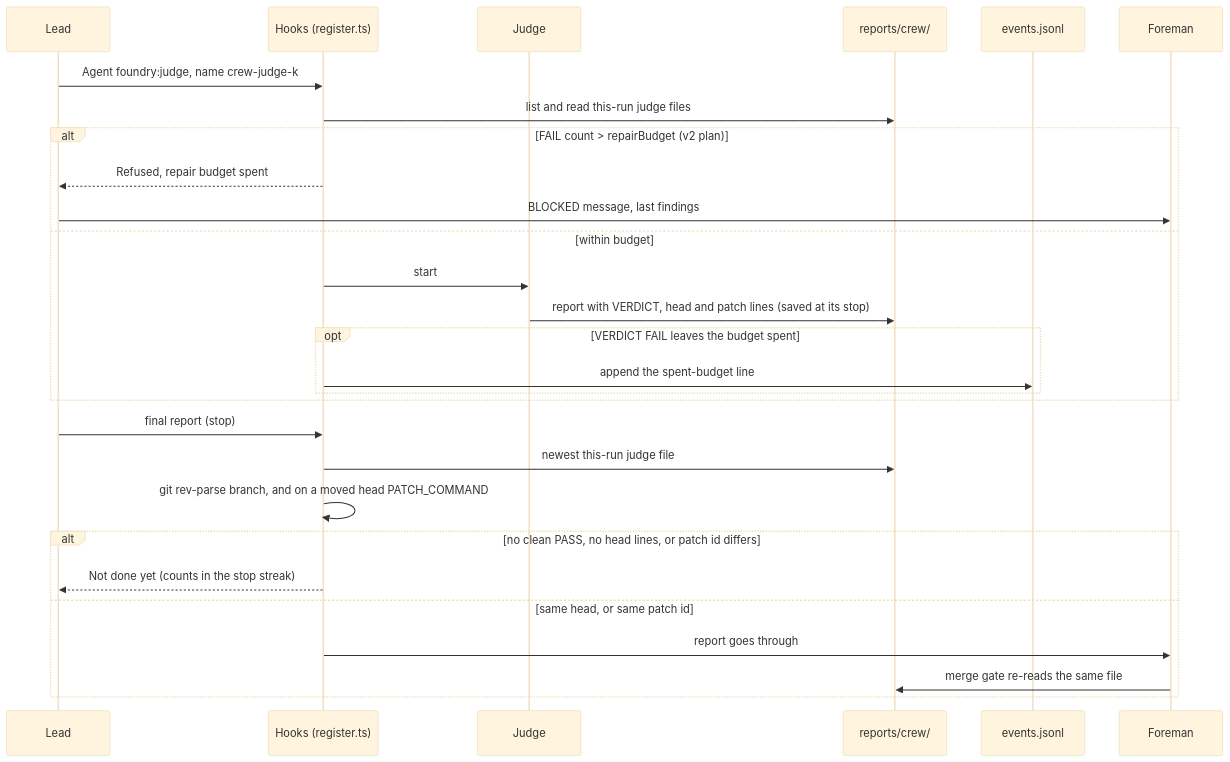
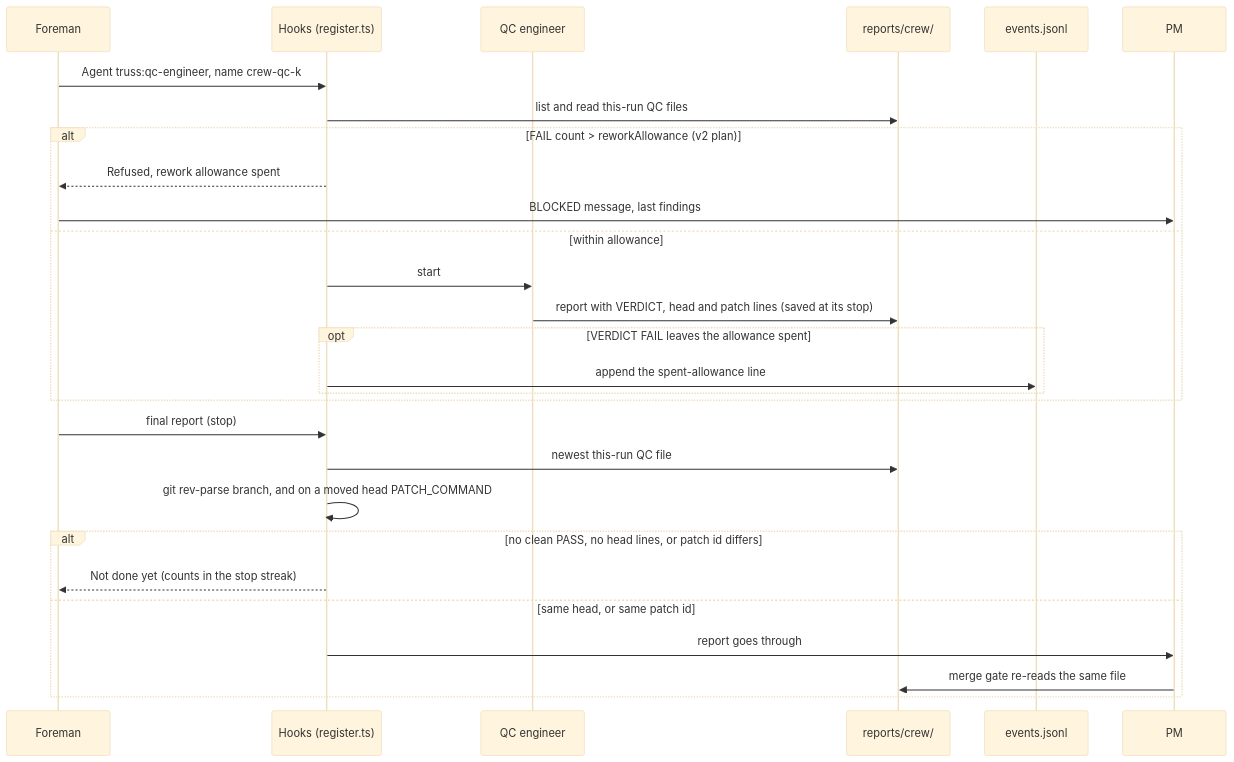
Before and after one commit to AbhiramDwivedi/truss: diagram 13 of 16 in docs/architecture.md, drawn with Mermaid (base theme). The commit also changed other lines of this file and 61 other files, not shown here.

First line of the commit message:
refactor!: rename foundry to Truss (code, prompts, docs)

````diff
--- a/docs/architecture.md
+++ b/docs/architecture.md
@@ -729,30 +729,30 @@
 ```mermaid
 sequenceDiagram
-  participant L as Lead
+  participant L as Foreman
   participant H as Hooks (register.ts)
-  participant J as Judge
+  participant J as QC engineer
   participant R as reports/crew/
   participant E as events.jsonl
-  participant F as Foreman
-  L->>H: Agent foundry:judge, name crew-judge-k
-  H->>R: list and read this-run judge files
-  alt FAIL count > repairBudget (v2 plan)
-    H-->>L: Refused, repair budget spent
+  participant F as PM
+  L->>H: Agent truss:qc-engineer, name crew-qc-k
+  H->>R: list and read this-run QC files
+  alt FAIL count > reworkAllowance (v2 plan)
+    H-->>L: Refused, rework allowance spent
     L->>F: BLOCKED message, last findings
-  else within budget
+  else within allowance
     H->>J: start
     J->>R: report with VERDICT, head and patch lines (saved at its stop)
-    opt VERDICT FAIL leaves the budget spent
-      H->>E: append the spent-budget line
+    opt VERDICT FAIL leaves the allowance spent
+      H->>E: append the spent-allowance line
     end
   end
   L->>H: final report (stop)
-  H->>R: newest this-run judge file
+  H->>R: newest this-run QC file
   H->>H: git rev-parse branch, and on a moved head PATCH_COMMAND
   alt no clean PASS, no head lines, or patch id differs
     H-->>L: Not done yet (counts in the stop streak)
   else same head, or same patch id
     H->>F: report goes through
     F->>R: merge gate re-reads the same file
   end
 ```
````
